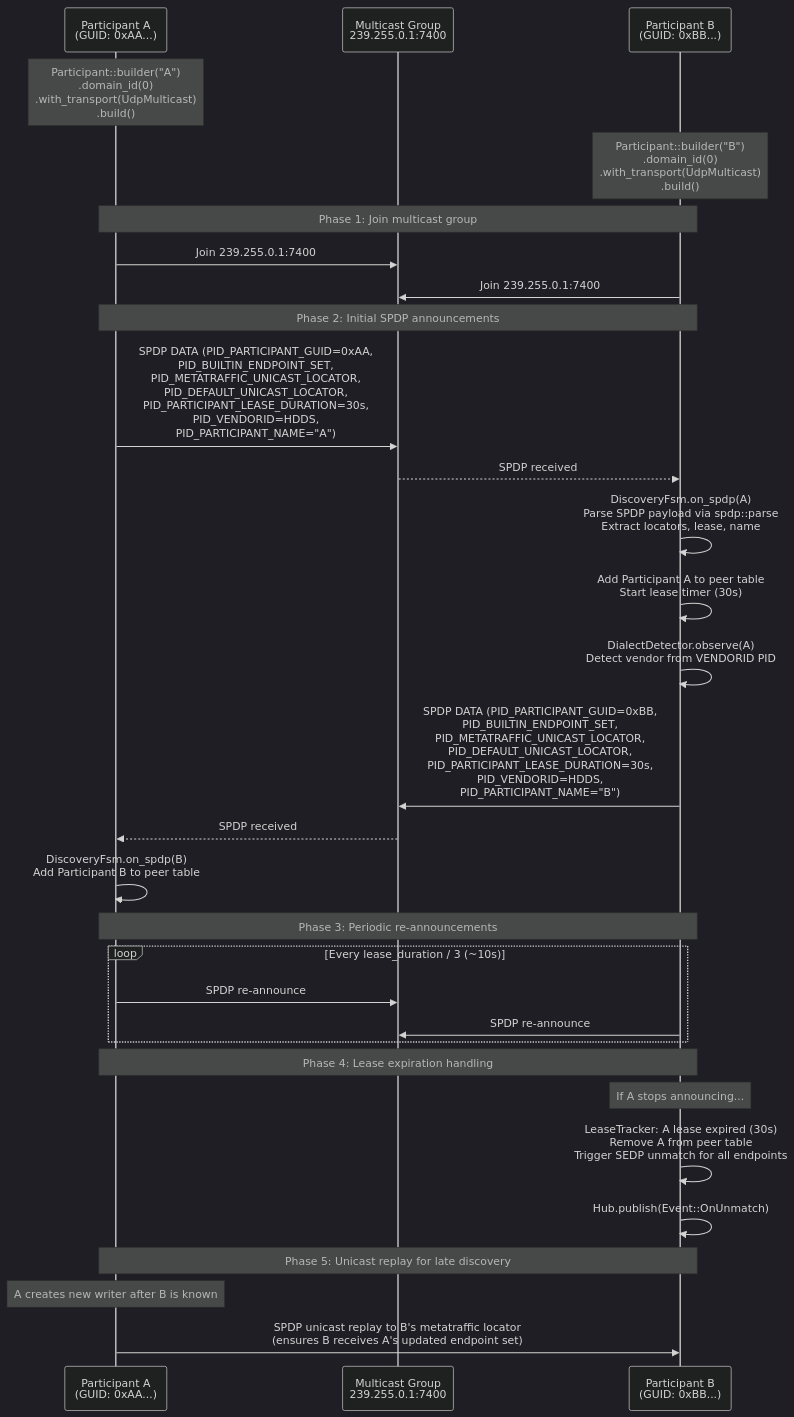
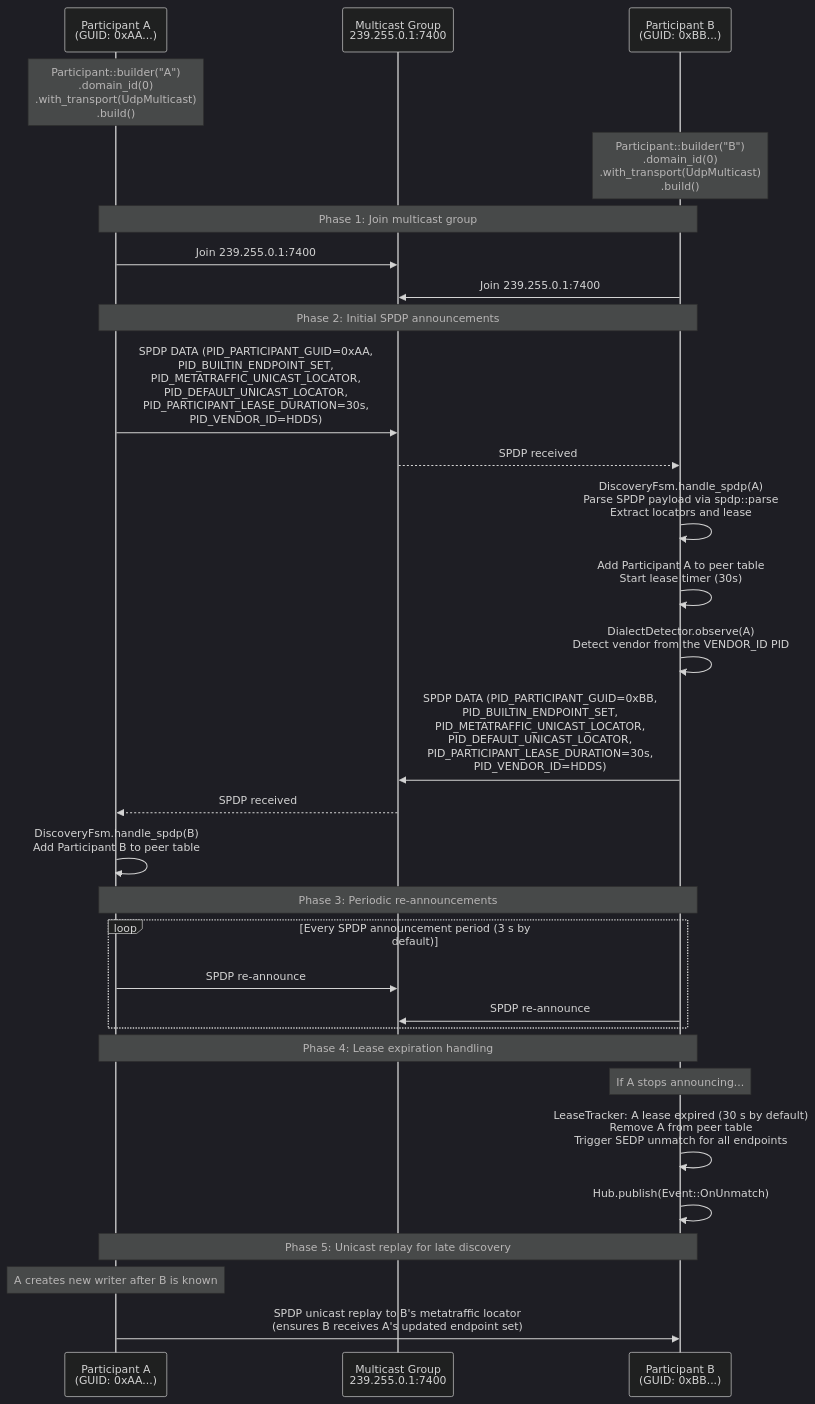
The first of 9 diagrams in docs/sequence-diagrams.md (hdds-team/hdds), drawn with Mermaid (dark theme) before and after one commit. The commit also changed other lines of this file and 1712 other files, not shown here.

````diff
--- a/docs/sequence-diagrams.md
+++ b/docs/sequence-diagrams.md
@@ -16,44 +14,44 @@
 ```mermaid
 sequenceDiagram
     participant A as Participant A<br/>(GUID: 0xAA...)
     participant MC as Multicast Group<br/>239.255.0.1:7400
     participant B as Participant B<br/>(GUID: 0xBB...)
 
     Note over A: Participant::builder("A")<br/>.domain_id(0)<br/>.with_transport(UdpMulticast)<br/>.build()
 
     Note over B: Participant::builder("B")<br/>.domain_id(0)<br/>.with_transport(UdpMulticast)<br/>.build()
 
     Note over A,B: Phase 1: Join multicast group
 
     A->>MC: Join 239.255.0.1:7400
     B->>MC: Join 239.255.0.1:7400
 
     Note over A,B: Phase 2: Initial SPDP announcements
 
-    A->>MC: SPDP DATA (PID_PARTICIPANT_GUID=0xAA,<br/>PID_BUILTIN_ENDPOINT_SET,<br/>PID_METATRAFFIC_UNICAST_LOCATOR,<br/>PID_DEFAULT_UNICAST_LOCATOR,<br/>PID_PARTICIPANT_LEASE_DURATION=30s,<br/>PID_VENDORID=HDDS,<br/>PID_PARTICIPANT_NAME="A")
+    A->>MC: SPDP DATA (PID_PARTICIPANT_GUID=0xAA,<br/>PID_BUILTIN_ENDPOINT_SET,<br/>PID_METATRAFFIC_UNICAST_LOCATOR,<br/>PID_DEFAULT_UNICAST_LOCATOR,<br/>PID_PARTICIPANT_LEASE_DURATION=30s,<br/>PID_VENDOR_ID=HDDS)
     MC-->>B: SPDP received
-    B->>B: DiscoveryFsm.on_spdp(A)<br/>Parse SPDP payload via spdp::parse<br/>Extract locators, lease, name
+    B->>B: DiscoveryFsm.handle_spdp(A)<br/>Parse SPDP payload via spdp::parse<br/>Extract locators and lease
     B->>B: Add Participant A to peer table<br/>Start lease timer (30s)
-    B->>B: DialectDetector.observe(A)<br/>Detect vendor from VENDORID PID
+    B->>B: DialectDetector.observe(A)<br/>Detect vendor from the VENDOR_ID PID
 
-    B->>MC: SPDP DATA (PID_PARTICIPANT_GUID=0xBB,<br/>PID_BUILTIN_ENDPOINT_SET,<br/>PID_METATRAFFIC_UNICAST_LOCATOR,<br/>PID_DEFAULT_UNICAST_LOCATOR,<br/>PID_PARTICIPANT_LEASE_DURATION=30s,<br/>PID_VENDORID=HDDS,<br/>PID_PARTICIPANT_NAME="B")
+    B->>MC: SPDP DATA (PID_PARTICIPANT_GUID=0xBB,<br/>PID_BUILTIN_ENDPOINT_SET,<br/>PID_METATRAFFIC_UNICAST_LOCATOR,<br/>PID_DEFAULT_UNICAST_LOCATOR,<br/>PID_PARTICIPANT_LEASE_DURATION=30s,<br/>PID_VENDOR_ID=HDDS)
     MC-->>A: SPDP received
-    A->>A: DiscoveryFsm.on_spdp(B)<br/>Add Participant B to peer table
+    A->>A: DiscoveryFsm.handle_spdp(B)<br/>Add Participant B to peer table
 
     Note over A,B: Phase 3: Periodic re-announcements
 
-    loop Every lease_duration / 3 (~10s)
+    loop Every SPDP announcement period (3 s by default)
         A->>MC: SPDP re-announce
         B->>MC: SPDP re-announce
     end
 
     Note over A,B: Phase 4: Lease expiration handling
 
     Note over B: If A stops announcing...
-    B->>B: LeaseTracker: A lease expired (30s)<br/>Remove A from peer table<br/>Trigger SEDP unmatch for all endpoints
+    B->>B: LeaseTracker: A lease expired (30 s by default)<br/>Remove A from peer table<br/>Trigger SEDP unmatch for all endpoints
     B->>B: Hub.publish(Event::OnUnmatch)
 
     Note over A,B: Phase 5: Unicast replay for late discovery
     Note over A: A creates new writer after B is known
     A->>B: SPDP unicast replay to B's metatraffic locator<br/>(ensures B receives A's updated endpoint set)
 ```
````
